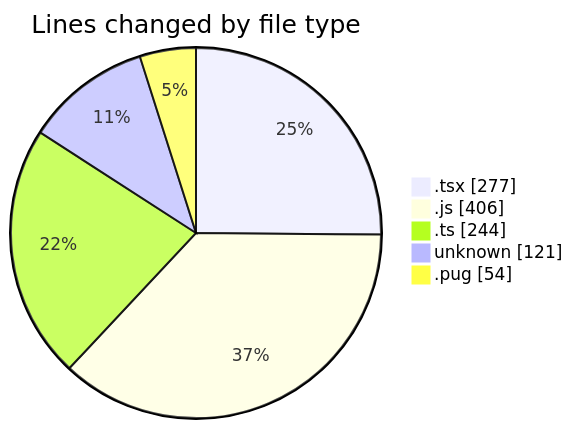
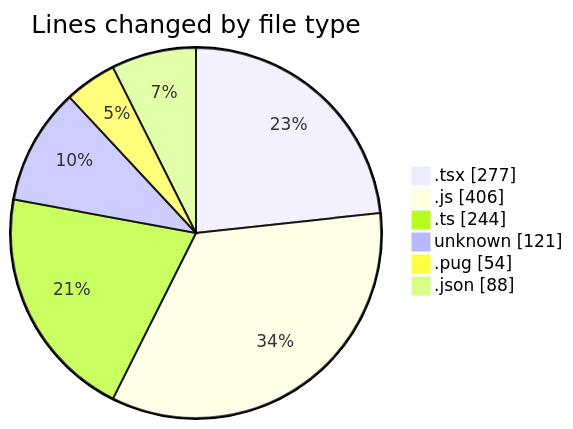
The first of 2 diagrams in 2026-06-03/cda/README.md (momahboobian/code-tracking), drawn with Mermaid before and after one commit. The commit also changed other lines of this file and 1 other file, not shown here.

````diff
--- a/2026-06-03/cda/README.md
+++ b/2026-06-03/cda/README.md
@@ -27,9 +28,10 @@
 ```mermaid
 pie showData
 title Lines changed by file type
 ".tsx" : 277
 ".js" : 406
 ".ts" : 244
 "unknown" : 121
 ".pug" : 54
+".json" : 88
 ```
````
